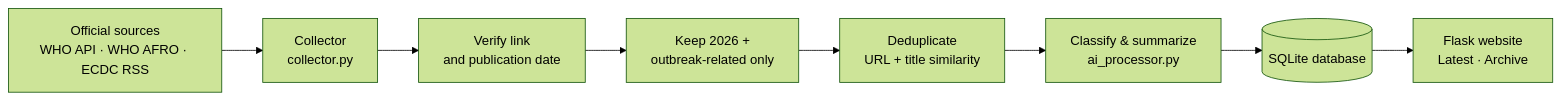
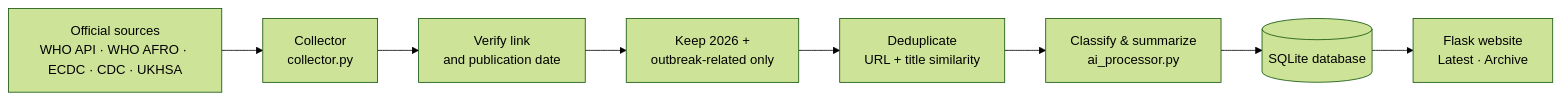
Before and after one commit to MOHZOOM/outbreak-watch: the diagram in README.md, drawn with Mermaid (forest theme). The commit also changed other lines of this file and 4 other files, not shown here.

Commit message:
Add new sources, Sources page, faster cold start and WHO link fix

````diff
--- a/README.md
+++ b/README.md
@@ -29,10 +30,10 @@
 ```mermaid
 flowchart LR
-    A[Official sources<br/>WHO API · WHO AFRO · ECDC RSS] --> B[Collector<br/>collector.py]
+    A[Official sources<br/>WHO API · WHO AFRO · ECDC · CDC · UKHSA] --> B[Collector<br/>collector.py]
     B --> C[Verify link<br/>and publication date]
     C --> D[Keep 2026 +<br/>outbreak-related only]
     D --> E[Deduplicate<br/>URL + title similarity]
     E --> F[Classify & summarize<br/>ai_processor.py]
     F --> G[(SQLite database)]
     G --> H[Flask website<br/>Latest · Archive]
 ```
````
